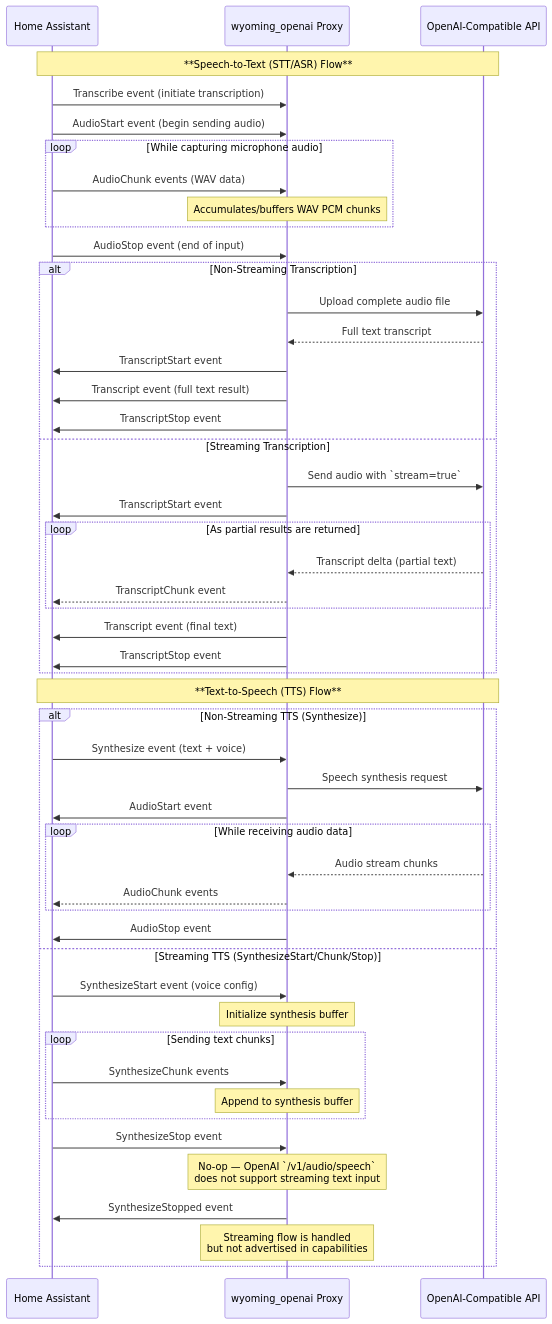
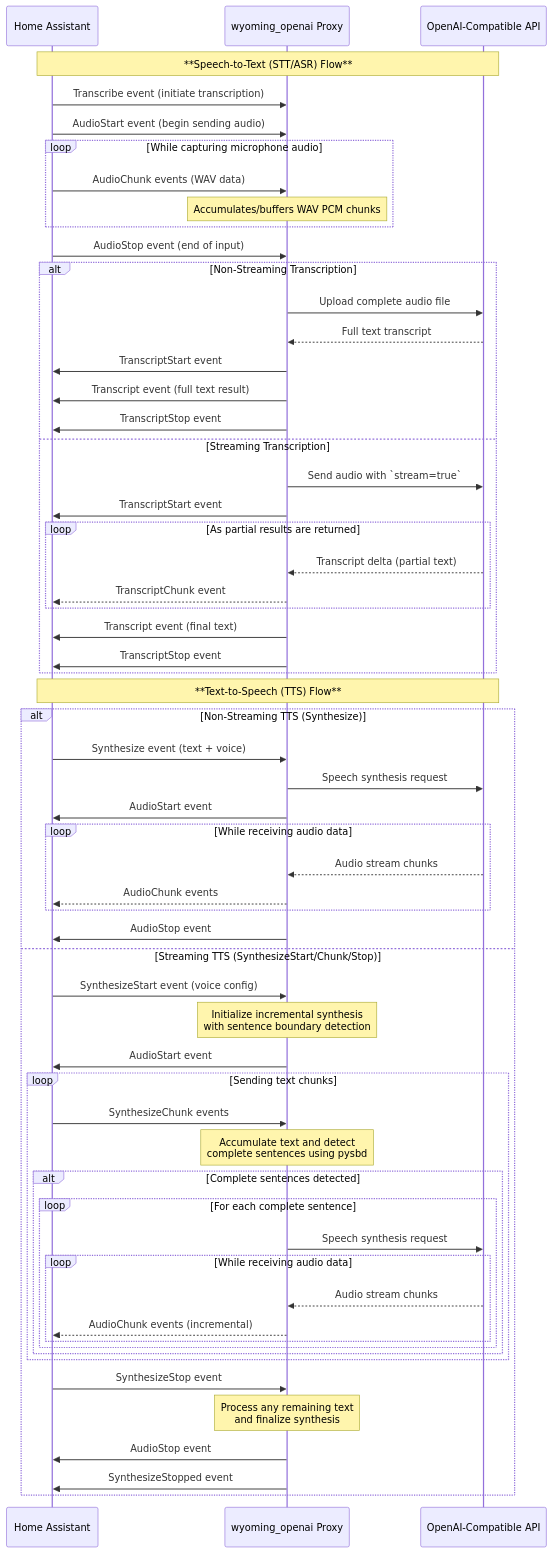
One commit to roryeckel/wyoming_openai changed the first of 2 diagrams in README.md. Above: the diagram before and after it, drawn with Mermaid. The commit also changed other lines of this file, not shown here.

Commit message:
Update README: Highlight incremental TTS streaming with sentence boundary chunking
- Add mention of TTS streaming compatibility in overview section
- Add new objective about streaming compatibility bridging Wyoming and OpenAI protocols
- Update sequence diagram to show incremental synthesis with pysbd sentence detection
- Emphasize responsive audio delivery through intelligent text chunking

🤖 Generated with [Claude Code](https://claude.ai/code)

````diff
--- a/README.md
+++ b/README.md
@@ -312,56 +313,66 @@
 ```mermaid
 sequenceDiagram
   participant HA as Home Assistant
   participant WY as wyoming_openai Proxy
   participant OAPI as OpenAI-Compatible API
   
   Note over HA,OAPI: **Speech-to-Text (STT/ASR) Flow**
   HA->>WY: Transcribe event (initiate transcription)
   HA->>WY: AudioStart event (begin sending audio)
   loop While capturing microphone audio
     HA->>WY: AudioChunk events (WAV data)
     Note over WY: Accumulates/buffers WAV PCM chunks
   end
   HA->>WY: AudioStop event (end of input)
   
   alt Non-Streaming Transcription
     WY->>OAPI: Upload complete audio file
     OAPI-->>WY: Full text transcript
     WY->>HA: TranscriptStart event
     WY->>HA: Transcript event (full text result)
     WY->>HA: TranscriptStop event
   else Streaming Transcription
     WY->>OAPI: Send audio with `stream=true`
     WY->>HA: TranscriptStart event
     loop As partial results are returned
       OAPI-->>WY: Transcript delta (partial text)
       WY-->>HA: TranscriptChunk event
     end
     WY->>HA: Transcript event (final text)
     WY->>HA: TranscriptStop event
   end
   
   Note over HA,OAPI: **Text-to-Speech (TTS) Flow**
   
   alt Non-Streaming TTS (Synthesize)
     HA->>WY: Synthesize event (text + voice)
     WY->>OAPI: Speech synthesis request
     WY->>HA: AudioStart event
     loop While receiving audio data
       OAPI-->>WY: Audio stream chunks
       WY-->>HA: AudioChunk events
     end
     WY->>HA: AudioStop event
   else Streaming TTS (SynthesizeStart/Chunk/Stop)
     HA->>WY: SynthesizeStart event (voice config)
-    Note over WY: Initialize synthesis buffer
+    Note over WY: Initialize incremental synthesis<br/>with sentence boundary detection
+    WY->>HA: AudioStart event
     loop Sending text chunks
       HA->>WY: SynthesizeChunk events
-      Note over WY: Append to synthesis buffer
+      Note over WY: Accumulate text and detect<br/>complete sentences using pysbd
+      alt Complete sentences detected
+        loop For each complete sentence
+          WY->>OAPI: Speech synthesis request
+          loop While receiving audio data
+            OAPI-->>WY: Audio stream chunks
+            WY-->>HA: AudioChunk events (incremental)
+          end
+        end
+      end
     end
     HA->>WY: SynthesizeStop event
-    Note over WY: No-op — OpenAI `/v1/audio/speech`<br/>does not support streaming text input
+    Note over WY: Process any remaining text<br/>and finalize synthesis
+    WY->>HA: AudioStop event
     WY->>HA: SynthesizeStopped event
-    Note over WY: Streaming flow is handled<br/>but not advertised in capabilities
   end
 ```
````
